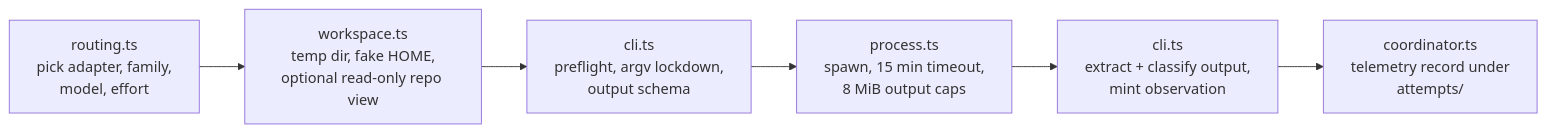
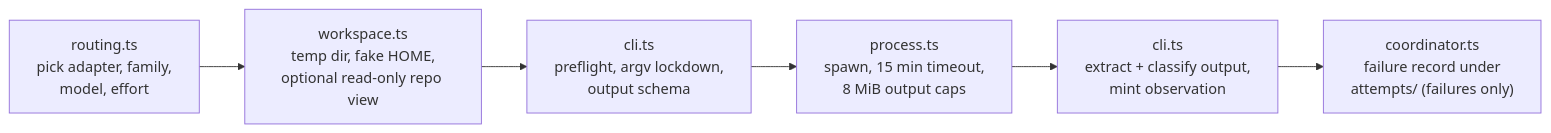
The diagram in docs/mcp/DISPATCH.md (Aroton/ArchflowV2), drawn with Mermaid before and after one commit. The commit also changed other lines of this file and 172 other files, not shown here.

````diff
--- a/docs/mcp/DISPATCH.md
+++ b/docs/mcp/DISPATCH.md
@@ -9,8 +9,8 @@
 ```mermaid
 flowchart LR
     R["routing.ts<br/>pick adapter, family,<br/>model, effort"] --> W["workspace.ts<br/>temp dir, fake HOME,<br/>optional read-only repo view"]
     W --> C["cli.ts<br/>preflight, argv lockdown,<br/>output schema"]
     C --> P["process.ts<br/>spawn, 15 min timeout,<br/>8 MiB output caps"]
     P --> O["cli.ts<br/>extract + classify output,<br/>mint observation"]
-    O --> T["coordinator.ts<br/>telemetry record under<br/>attempts/"]
+    O --> T["coordinator.ts<br/>failure record under<br/>attempts/ (failures only)"]
 ```
````
